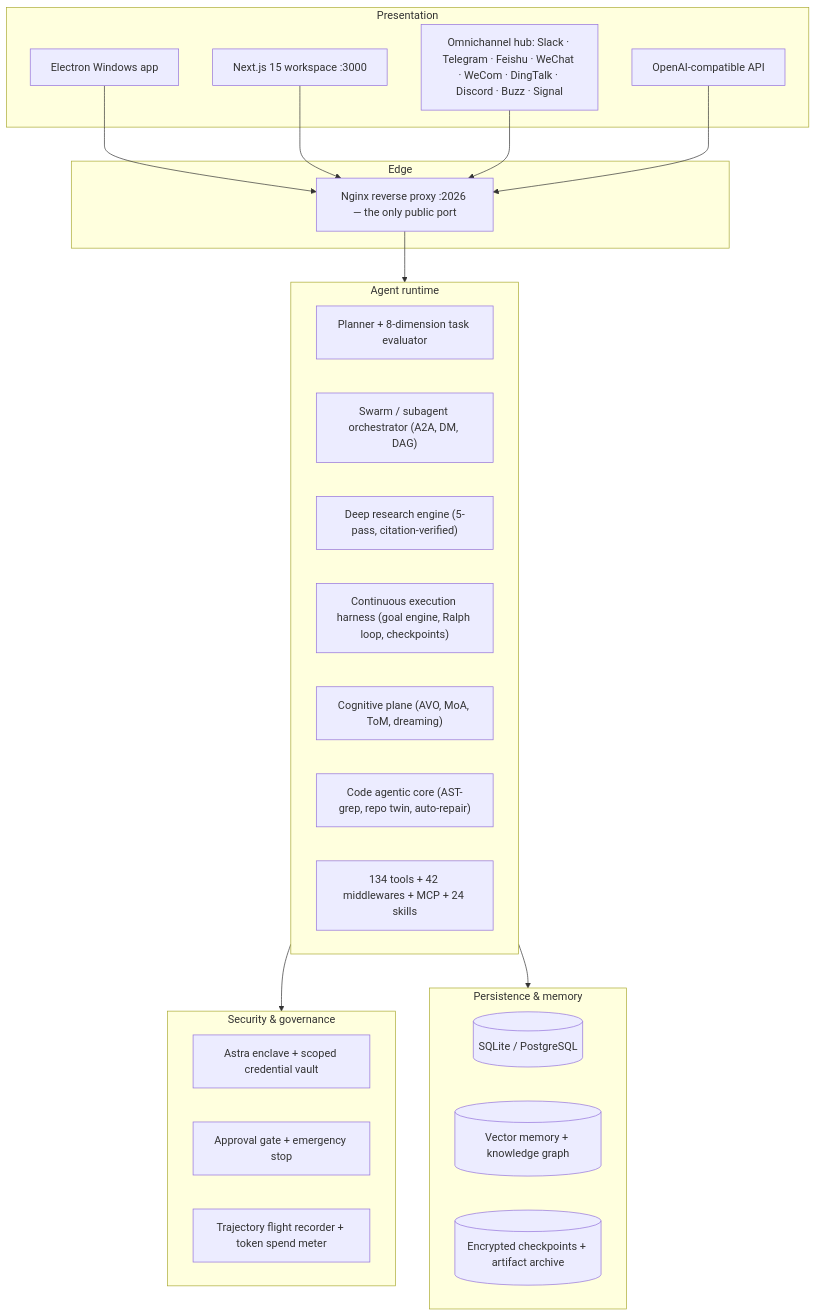
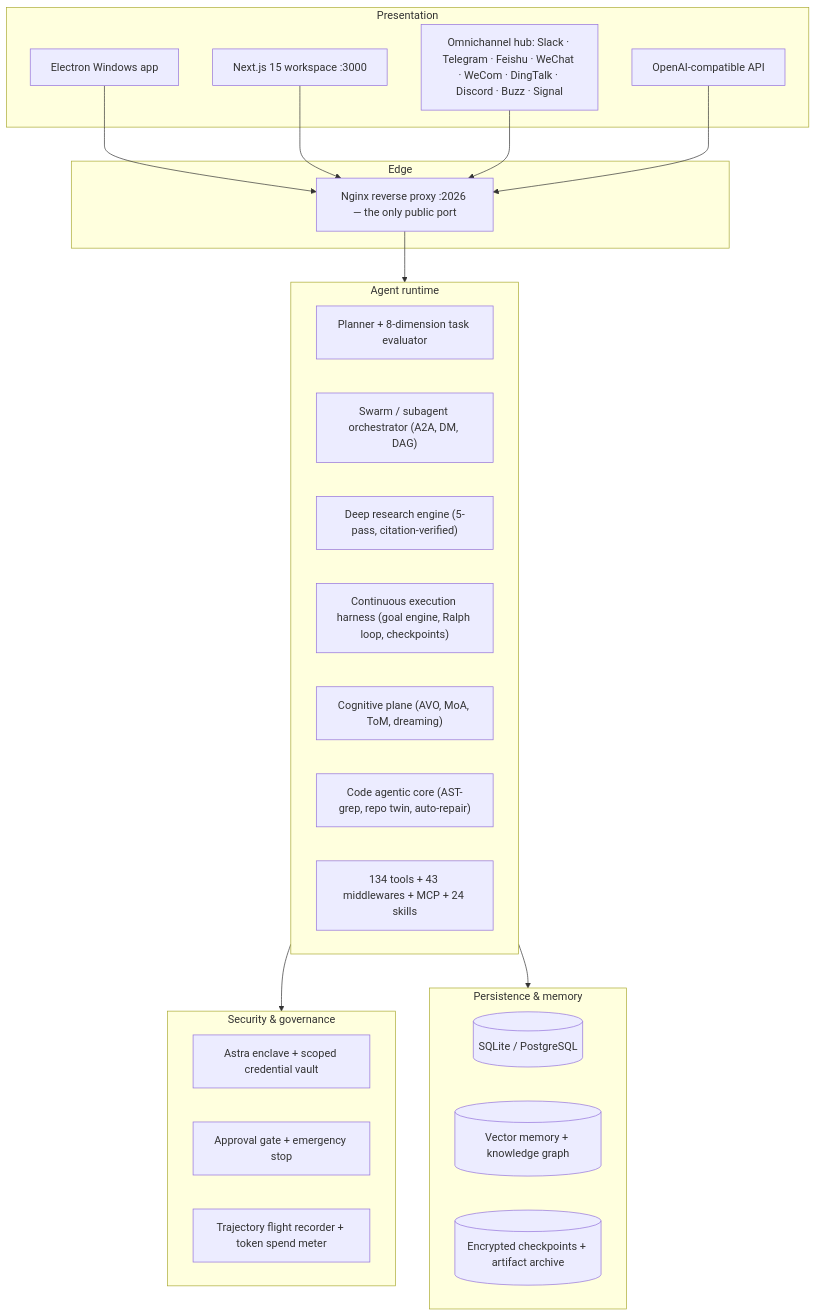
The diagram in README.md (itsPremkumar/alpha), drawn with Mermaid before and after one commit. The commit also changed other lines of this file and 25 other files, not shown here.

````diff
--- a/README.md
+++ b/README.md
@@ -135,43 +135,43 @@
 ```mermaid
 flowchart TB
     subgraph Presentation ["Presentation"]
         Electron["Electron Windows app"]
         Web["Next.js 15 workspace :3000"]
         IM["Omnichannel hub: Slack · Telegram · Feishu · WeChat · WeCom · DingTalk · Discord · Buzz · Signal"]
         OpenAICompat["OpenAI-compatible API"]
     end
 
     subgraph Edge ["Edge"]
         Nginx["Nginx reverse proxy :2026 — the only public port"]
     end
 
     subgraph Runtime ["Agent runtime"]
         Planner["Planner + 8-dimension task evaluator"]
         Orchestrator["Swarm / subagent orchestrator (A2A, DM, DAG)"]
         Research["Deep research engine (5-pass, citation-verified)"]
         Harness["Continuous execution harness (goal engine, Ralph loop, checkpoints)"]
         Cognition["Cognitive plane (AVO, MoA, ToM, dreaming)"]
         CodeCore["Code agentic core (AST-grep, repo twin, auto-repair)"]
-        Tools["134 tools + 42 middlewares + MCP + 24 skills"]
+        Tools["134 tools + 43 middlewares + MCP + 24 skills"]
     end
 
     subgraph Security ["Security & governance"]
         Astra["Astra enclave + scoped credential vault"]
         Approval["Approval gate + emergency stop"]
         Audit["Trajectory flight recorder + token spend meter"]
     end
 
     subgraph Storage ["Persistence & memory"]
         DB[("SQLite / PostgreSQL")]
         Mem[("Vector memory + knowledge graph")]
         CKPT[("Encrypted checkpoints + artifact archive")]
     end
 
     Electron --> Nginx
     Web --> Nginx
     IM --> Nginx
     OpenAICompat --> Nginx
     Nginx --> Runtime
     Runtime --> Security
     Runtime --> Storage
 ```
````
